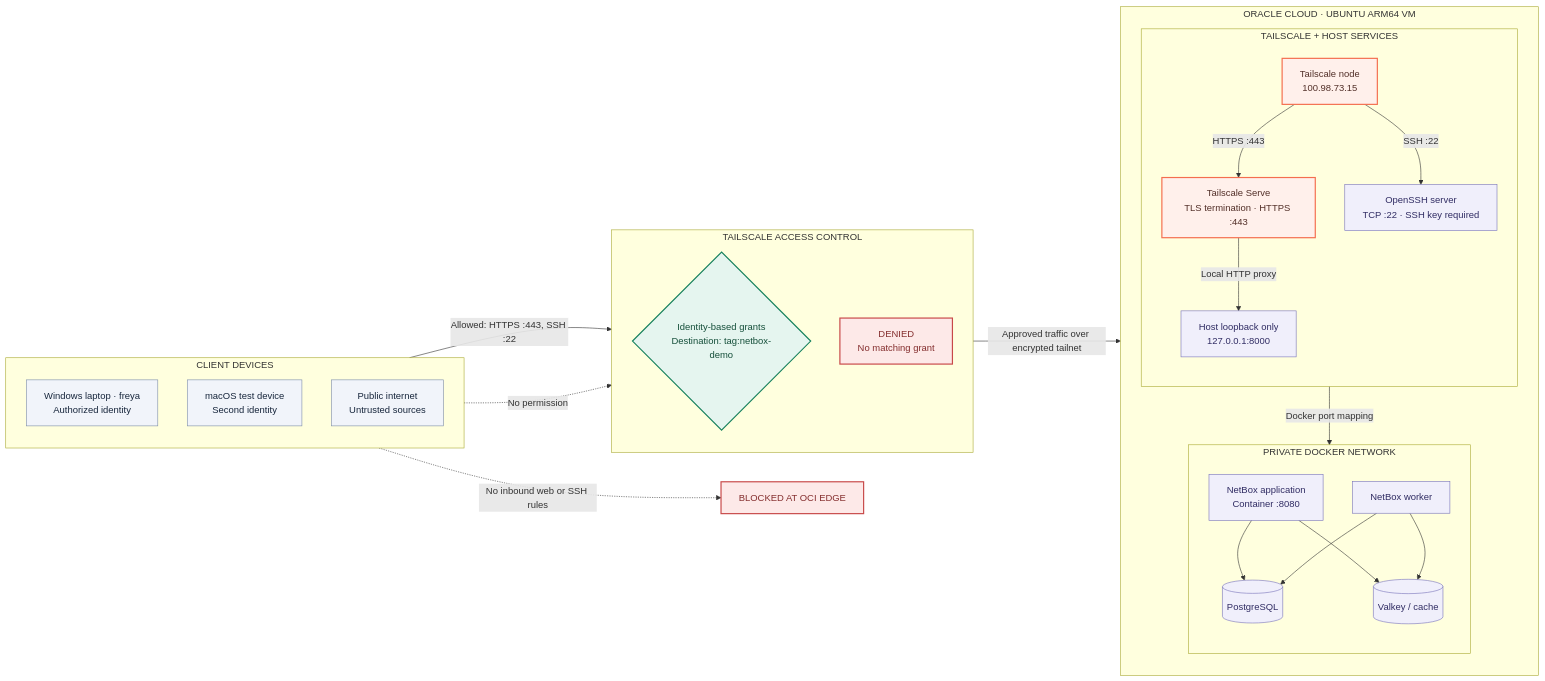
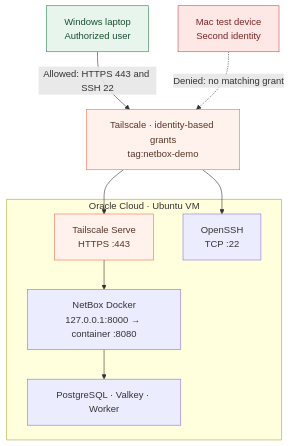
Before and after one commit to JaynaRogers/tailscale-netbox-zero-trust-demo: the diagram in README.md, drawn with Mermaid.

Commit message:
docs: simplify README diagram to actual demo components

````diff
--- a/README.md
+++ b/README.md
@@ -10,57 +10,26 @@
 ```mermaid
-flowchart LR
-    subgraph CLIENTS["CLIENT DEVICES"]
-        direction TB
-        WIN["Windows laptop · freya<br/>Authorized identity"]
-        MAC["macOS test device<br/>Second identity"]
-        PUBLIC["Public internet<br/>Untrusted sources"]
+flowchart TB
+    WIN["Windows laptop<br/>Authorized user"]
+    MAC["Mac test device<br/>Second identity"]
+    TS["Tailscale · identity-based grants<br/>tag:netbox-demo"]
+
+    subgraph OCI["Oracle Cloud · Ubuntu VM"]
+      SERVE["Tailscale Serve<br/>HTTPS :443"]
+      SSH["OpenSSH<br/>TCP :22"]
+      BOX["NetBox Docker<br/>127.0.0.1:8000 → container :8080"]
+      DATA["PostgreSQL · Valkey · Worker"]
+      SERVE --> BOX --> DATA
     end
 
-    subgraph CONTROL["TAILSCALE ACCESS CONTROL"]
-        direction TB
-        GRANT{"Identity-based grants<br/>Destination: tag:netbox-demo"}
-        DENY["DENIED<br/>No matching grant"]
-    end
+    WIN -->|"Allowed: HTTPS 443 and SSH 22"| TS
+    MAC -.->|"Denied: no matching grant"| TS
+    TS --> SERVE
+    TS --> SSH
 
-    subgraph CLOUD["ORACLE CLOUD · UBUNTU ARM64 VM"]
-        direction TB
-        subgraph HOST["TAILSCALE + HOST SERVICES"]
-            direction TB
-            NODE["Tailscale node<br/>100.98.73.15"]
-            SERVE["Tailscale Serve<br/>TLS termination · HTTPS :443"]
-            SSH["OpenSSH server<br/>TCP :22 · SSH key required"]
-            LOOP["Host loopback only<br/>127.0.0.1:8000"]
-        end
-        subgraph DOCKER["PRIVATE DOCKER NETWORK"]
-            direction TB
-            WEB["NetBox application<br/>Container :8080"]
-            PG[("PostgreSQL")]
-            VAL[("Valkey / cache")]
-            WORKER["NetBox worker"]
-        end
-    end
-
-    WIN -->|"Allowed: HTTPS :443, SSH :22"| GRANT
-    MAC -.->|"No permission"| DENY
-    GRANT -->|"Approved traffic over encrypted tailnet"| NODE
-    NODE -->|"HTTPS :443"| SERVE
-    NODE -->|"SSH :22"| SSH
-    SERVE -->|"Local HTTP proxy"| LOOP
-    LOOP -->|"Docker port mapping"| WEB
-    WEB --> PG
-    WEB --> VAL
-    WORKER --> PG
-    WORKER --> VAL
-    PUBLIC -.->|"No inbound web or SSH rules"| BLOCKED["BLOCKED AT OCI EDGE"]
-
-    classDef client fill:#F1F4FA,stroke:#7B8BA6,color:#17263C,stroke-width:1px
-    classDef allow fill:#E5F5EF,stroke:#16815D,color:#154F3A,stroke-width:2px
-    classDef deny fill:#FDE9E8,stroke:#C84949,color:#842E2E,stroke-width:2px
-    classDef ts fill:#FFF0EB,stroke:#F46E4F,color:#522F28,stroke-width:2px
-    classDef app fill:#F0EFFB,stroke:#7772BA,color:#302C63,stroke-width:1px
-    class WIN,MAC,PUBLIC client
-    class GRANT allow
-    class DENY,BLOCKED deny
-    class NODE,SERVE ts
-    class WEB,PG,VAL,WORKER,LOOP,SSH app
+    classDef permitted fill:#E8F5ED,stroke:#2F8754,color:#184D30
+    classDef blocked fill:#FDE8E6,stroke:#D34D4D,color:#7A2525
+    classDef private fill:#FFF2EC,stroke:#F06F50,color:#573528
+    class WIN permitted
+    class MAC blocked
+    class TS,SERVE private
 ```
````
